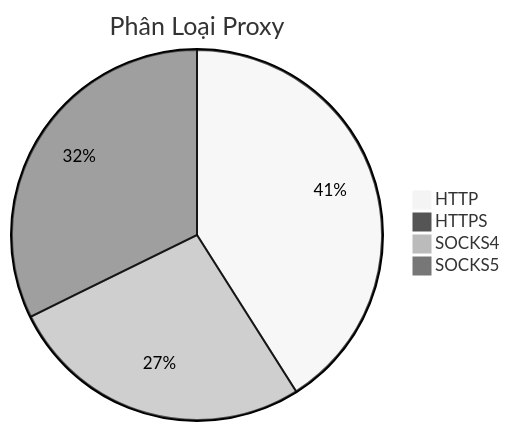
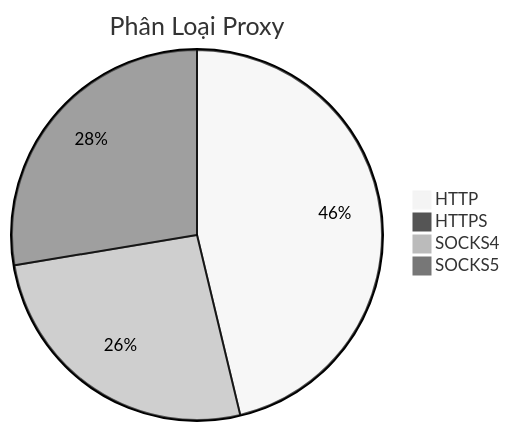
Before and after one commit to Ciara-12/PROXY-free: the diagram in README.md, drawn with Mermaid (neutral theme). The commit also changed other lines of this file and 3 other files, not shown here.

````diff
--- a/README.md
+++ b/README.md
@@ -26,7 +26,7 @@
 ```mermaid
 pie title Phân Loại Proxy
-    "HTTP" : 422
+    "HTTP" : 561
     "HTTPS" : 0
-    "SOCKS4" : 275
-    "SOCKS5" : 332
+    "SOCKS4" : 317
+    "SOCKS5" : 335
 ```
````
